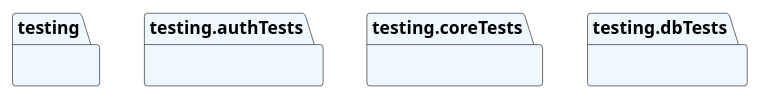
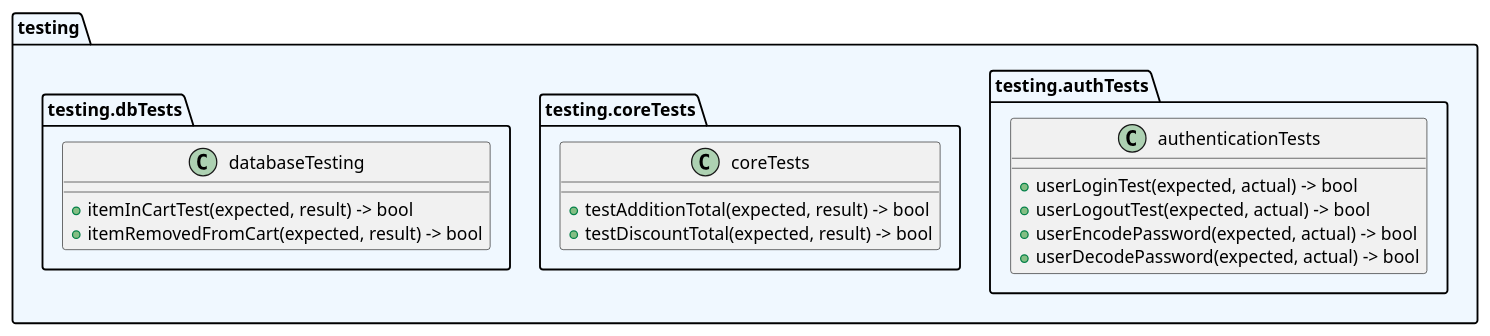
One commit to Darwin2001/onlineStoreTemplate changed the diagram in testing/packages.puml. Above: the diagram before and after it, drawn with PlantUML. The commit also changed 4 other files, not shown here.

```diff
--- a/testing/packages.puml
+++ b/testing/packages.puml
@@ -1,11 +1,26 @@
 @startuml packages
 set namespaceSeparator none
 package "testing" as testing #aliceblue {
-}
+
 package "testing.authTests" as testing.authTests #aliceblue {
+    class "authenticationTests"{
+        +userLoginTest(expected, actual) -> bool
+        +userLogoutTest(expected, actual) -> bool
+        +userEncodePassword(expected, actual) -> bool
+        +userDecodePassword(expected, actual) -> bool
+    }
 }
 package "testing.coreTests" as testing.coreTests #aliceblue {
+    class "coreTests" {
+        +testAdditionTotal(expected, result) -> bool
+        +testDiscountTotal(expected, result) -> bool
+    }
 }
 package "testing.dbTests" as testing.dbTests #aliceblue {
+    class "databaseTesting"{
+        +itemInCartTest(expected, result) -> bool
+        +itemRemovedFromCart(expected, result) -> bool   
+        }
+}
 }
 @enduml
```
